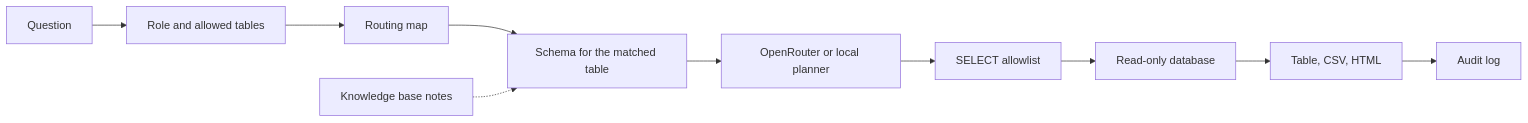
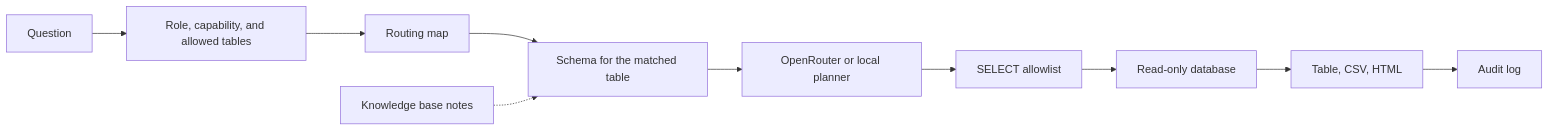
The diagram in README.md (TMYTMY/day1), drawn with Mermaid before and after one commit. The commit also changed other lines of this file and 8 other files, not shown here.

````diff
--- a/README.md
+++ b/README.md
@@ -220,12 +222,12 @@
 ```mermaid
 flowchart LR
-  ask[Question] --> auth[Role and allowed tables]
+  ask[Question] --> auth[Role, capability, and allowed tables]
   auth --> route[Routing map]
   route --> prompt[Schema for the matched table]
   kb[Knowledge base notes] -.-> prompt
   prompt --> sql[OpenRouter or local planner]
   sql --> guard[SELECT allowlist]
   guard --> db[Read-only database]
   db --> out[Table, CSV, HTML]
   out --> log[Audit log]
 ```
````
